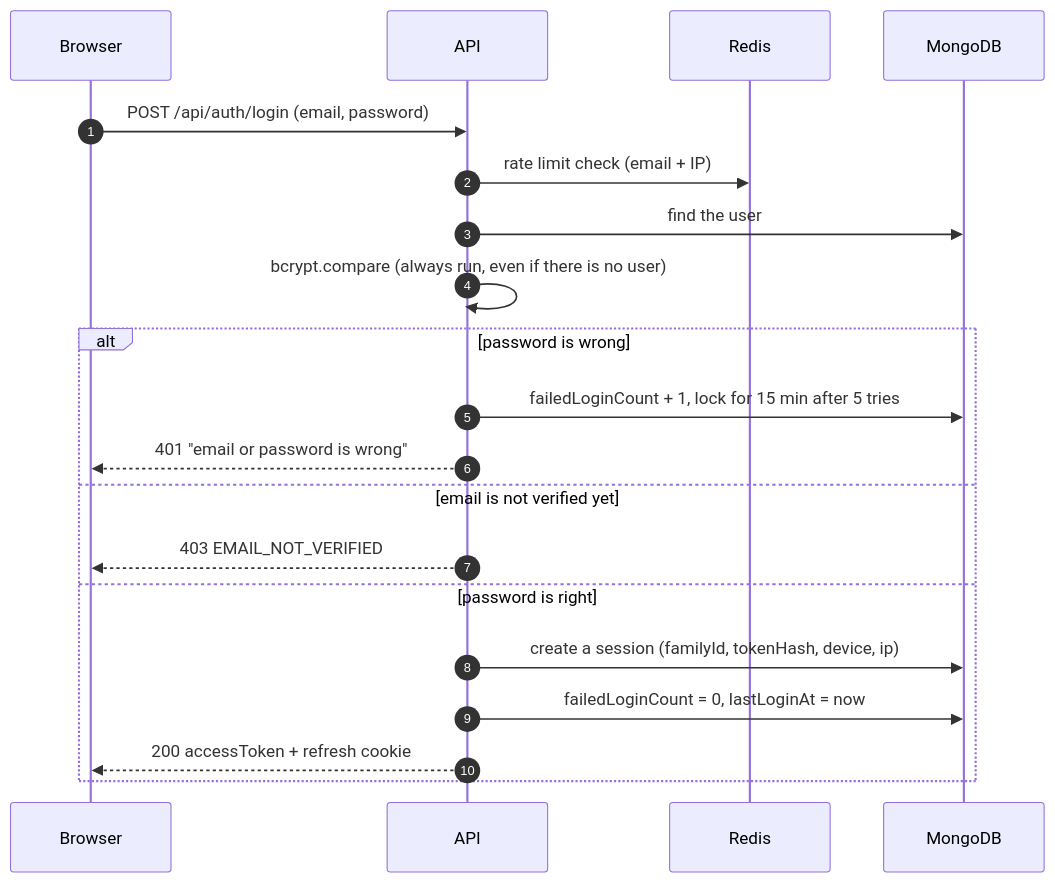
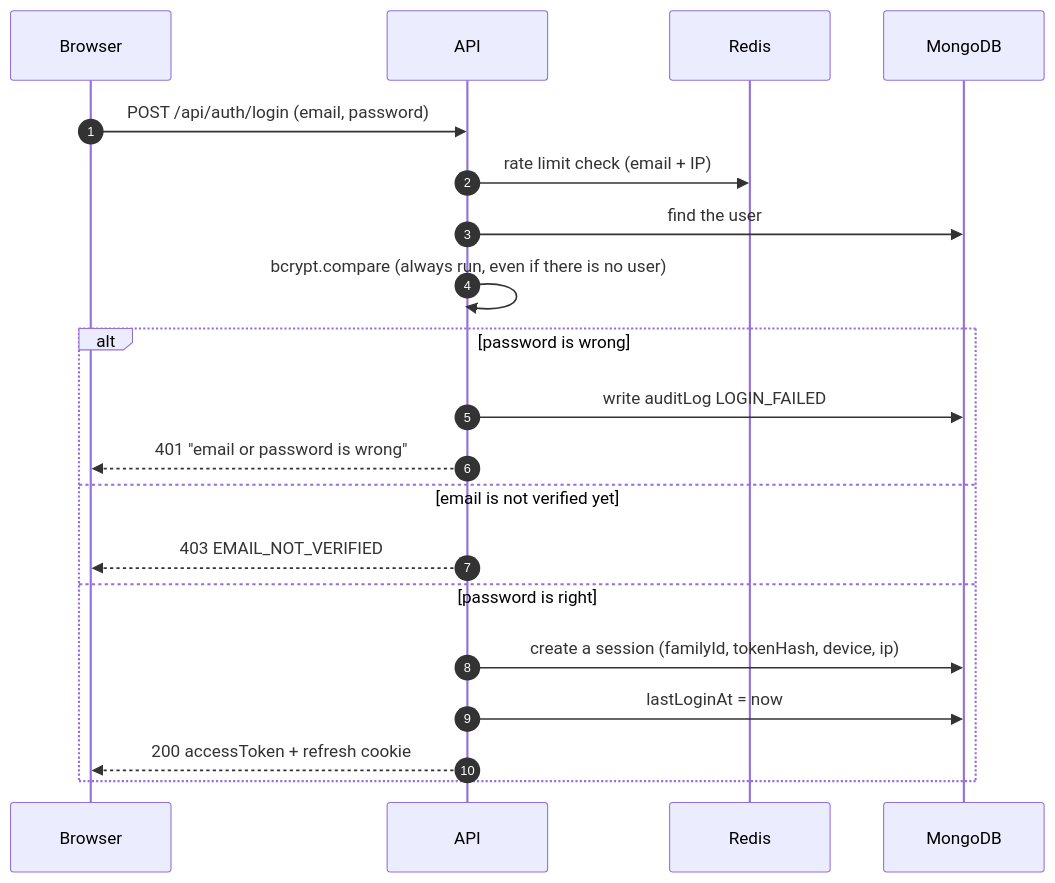
One commit to Likith412/Code-Judge changed the diagram in docs/diagrams/auth-login.mmd. Above: the diagram before and after it, drawn with Mermaid. The commit also changed 8 other files, not shown here.

```diff
--- a/docs/diagrams/auth-login.mmd
+++ b/docs/diagrams/auth-login.mmd
@@ -1,22 +1,22 @@
 sequenceDiagram
     autonumber
     participant U as Browser
     participant A as API
     participant R as Redis
     participant DB as MongoDB
 
     U->>A: POST /api/auth/login (email, password)
     A->>R: rate limit check (email + IP)
     A->>DB: find the user
     A->>A: bcrypt.compare (always run, even if there is no user)
 
     alt password is wrong
-        A->>DB: failedLoginCount + 1, lock for 15 min after 5 tries
+        A->>DB: write auditLog LOGIN_FAILED
         A-->>U: 401 "email or password is wrong"
     else email is not verified yet
         A-->>U: 403 EMAIL_NOT_VERIFIED
     else password is right
         A->>DB: create a session (familyId, tokenHash, device, ip)
-        A->>DB: failedLoginCount = 0, lastLoginAt = now
+        A->>DB: lastLoginAt = now
         A-->>U: 200 accessToken + refresh cookie
     end
```
